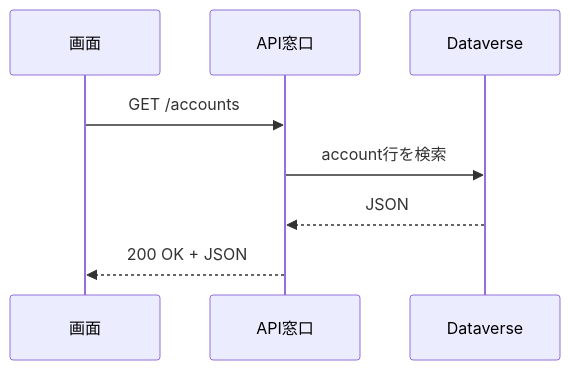
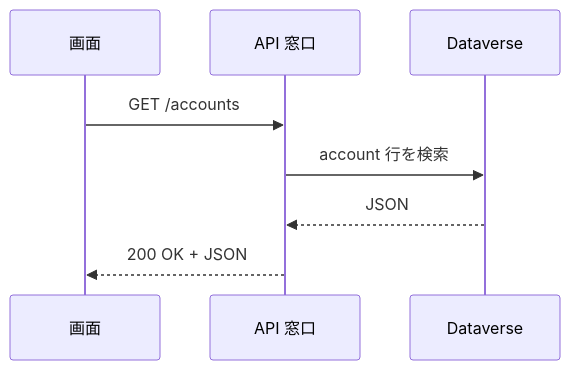
Before and after one commit to n-Sakana/sakana-oss: the fifth of 8 diagrams in notes/dataverse-learning-resume-2026-05-18.md, drawn with Mermaid. The commit also changed other lines of this file, not shown here.

````diff
--- a/notes/dataverse-learning-resume-2026-05-18.md
+++ b/notes/dataverse-learning-resume-2026-05-18.md
@@ -512,11 +507,11 @@
 ```mermaid
 sequenceDiagram
     participant FE as 画面
-    participant API as API窓口
+    participant API as API 窓口
     participant DV as Dataverse
 
     FE->>API: GET /accounts
-    API->>DV: account行を検索
+    API->>DV: account 行を検索
     DV-->>API: JSON
     API-->>FE: 200 OK + JSON
 ```
````
